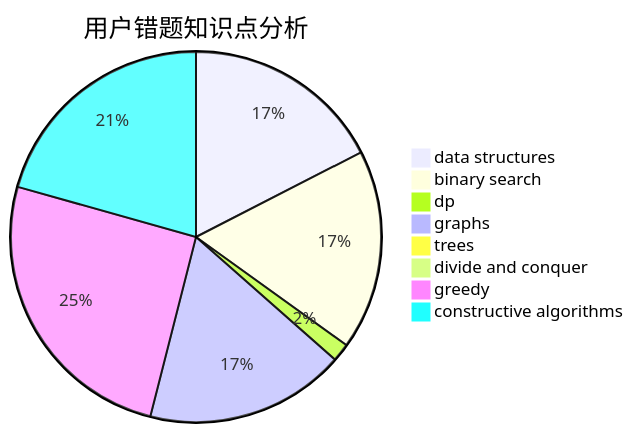
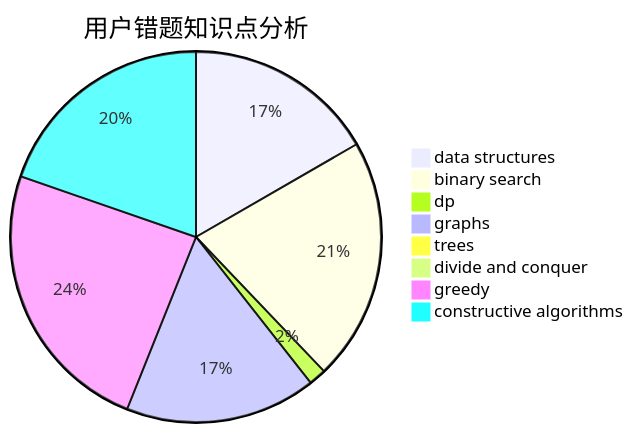
One commit to sherpahu/cfrs.github.io changed the third of 3 diagrams in docs/user/u132.md. Above: the diagram before and after it, drawn with Mermaid. The commit also changed other lines of this file and 2770 other files, not shown here.

````diff
--- a/docs/user/u132.md
+++ b/docs/user/u132.md
@@ -36,11 +36,11 @@
 ```mermaid
 pie title 用户错题知识点分析
     "data structures" :  11
-    "binary search" :  11
+    "binary search" :  14
     "dp" :  1
     "graphs" :  11
     "trees" :  0
     "divide and conquer" :  0
     "greedy" :  16
     "constructive algorithms" :  13
 ```
````
